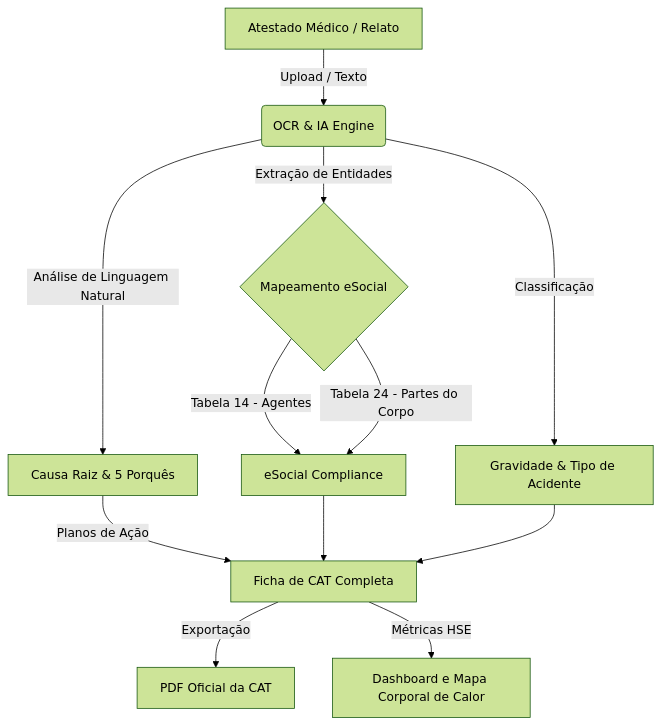
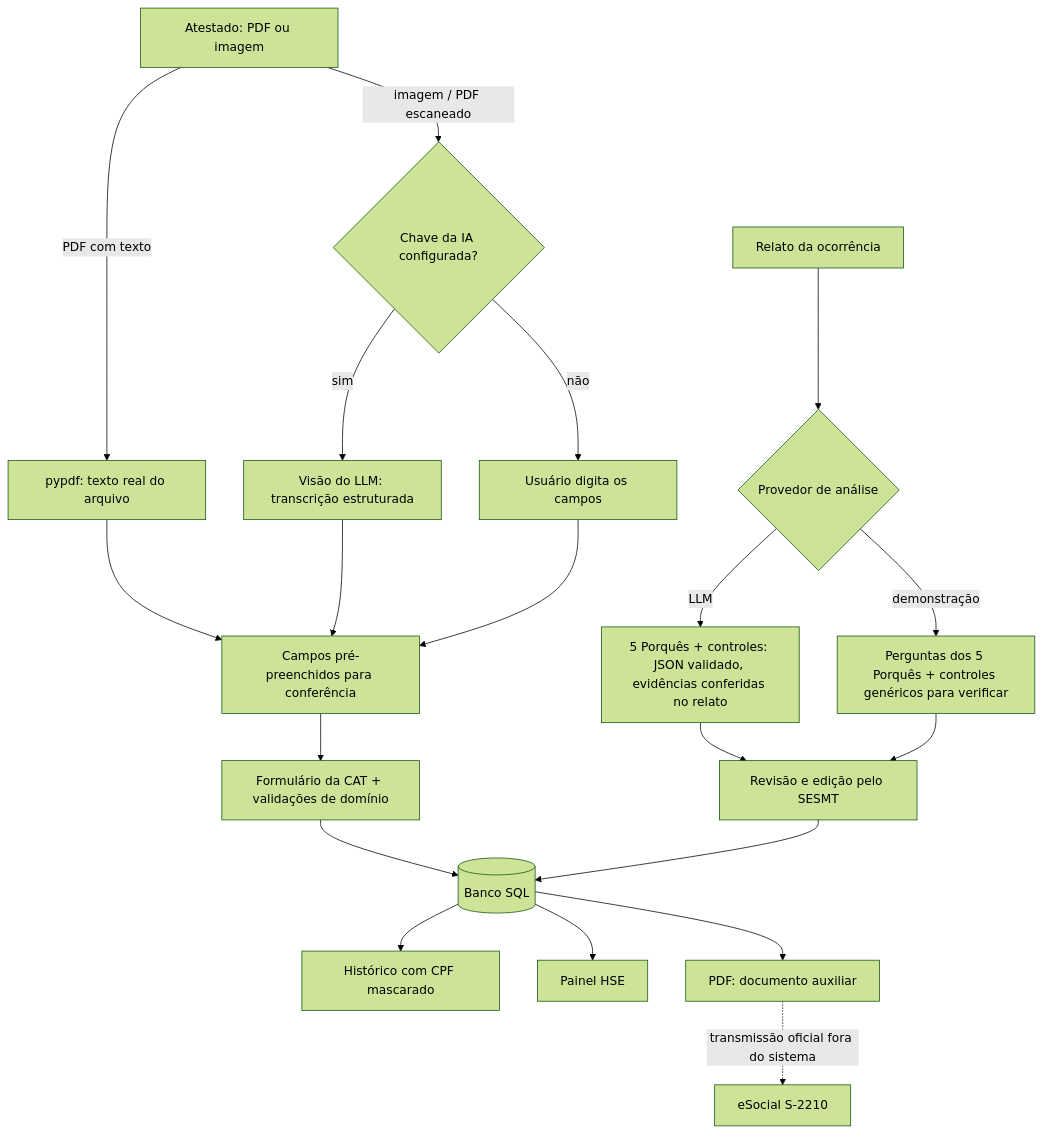
The diagram in README.md (codebyjuliamendes/ia-para-CAT-engenharia), drawn with Mermaid (forest theme) before and after one commit. The commit also changed other lines of this file and 82 other files, not shown here.

First line of the commit message:
feat: production upgrade with real LLM analysis, validated S-2210 data and persistence (#1)

````diff
--- a/README.md
+++ b/README.md
@@ -44,16 +55,22 @@
 ```mermaid
-graph TD
-    A[Atestado Médico / Relato] -->|Upload / Texto| B(OCR & IA Engine)
-    B -->|Extração de Entidades| C{Mapeamento eSocial}
-    C -->|Tabela 14 - Agentes| D[eSocial Compliance]
-    C -->|Tabela 24 - Partes do Corpo| D
-    B -->|Análise de Linguagem Natural| E[Causa Raiz & 5 Porquês]
-    B -->|Classificação| F[Gravidade & Tipo de Acidente]
-    
-    E -->|Planos de Ação| G[Ficha de CAT Completa]
-    D --> G
-    F --> G
-    
-    G -->|Exportação| H[PDF Oficial da CAT]
-    G -->|Métricas HSE| I[Dashboard e Mapa Corporal de Calor]
+flowchart TD
+    A[Atestado: PDF ou imagem] -->|PDF com texto| B[pypdf: texto real do arquivo]
+    A -->|imagem / PDF escaneado| C{Chave da IA configurada?}
+    C -->|sim| D[Visão do LLM: transcrição estruturada]
+    C -->|não| E[Usuário digita os campos]
+    B --> F[Campos pré-preenchidos para conferência]
+    D --> F
+    E --> F
+    F --> G[Formulário da CAT + validações de domínio]
+    R[Relato da ocorrência] --> H{Provedor de análise}
+    H -->|LLM| I[5 Porquês + controles: JSON validado, evidências conferidas no relato]
+    H -->|demonstração| J[Perguntas dos 5 Porquês + controles genéricos para verificar]
+    I --> K[Revisão e edição pelo SESMT]
+    J --> K
+    G --> L[(Banco SQL)]
+    K --> L
+    L --> M[Histórico com CPF mascarado]
+    L --> N[Painel HSE]
+    L --> O[PDF: documento auxiliar]
+    O -.->|transmissão oficial fora do sistema| P[eSocial S-2210]
 ```
````
